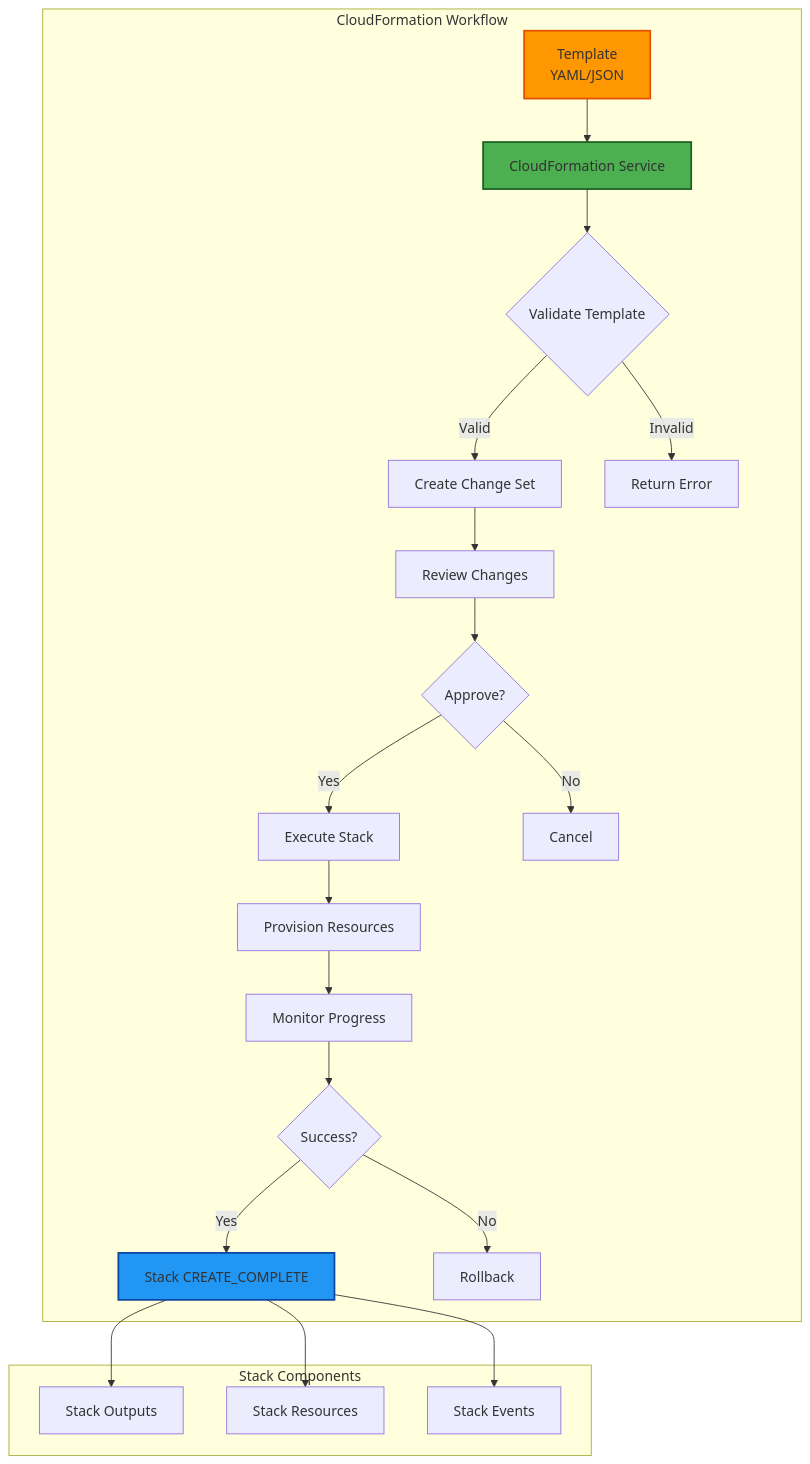
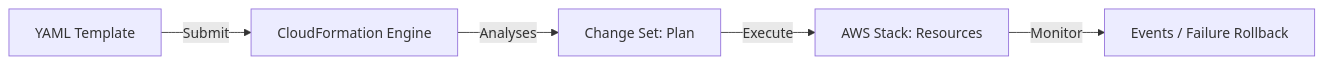
Before and after one commit to Ganil151/Devops: the diagram in 2-Intermediate/02-Phase-2/02-Configuration-Tools/12-Vendor-Tools/01-AWS-CloudFormation/README.md, drawn with Mermaid. The commit also changed other lines of this file and 217 other files, not shown here.

````diff
--- a/2-Intermediate/02-Phase-2/02-Configuration-Tools/12-Vendor-Tools/01-AWS-CloudFormation/README.md
+++ b/2-Intermediate/02-Phase-2/02-Configuration-Tools/12-Vendor-Tools/01-AWS-CloudFormation/README.md
@@ -39,28 +15,7 @@
 ```mermaid
-graph TB
-    subgraph "CloudFormation Workflow"
-        A[Template<br/>YAML/JSON] --> B[CloudFormation Service]
-        B --> C{Validate Template}
-        C -->|Valid| D[Create Change Set]
-        C -->|Invalid| E[Return Error]
-        D --> F[Review Changes]
-        F --> G{Approve?}
-        G -->|Yes| H[Execute Stack]
-        G -->|No| I[Cancel]
-        H --> J[Provision Resources]
-        J --> K[Monitor Progress]
-        K --> L{Success?}
-        L -->|Yes| M[Stack CREATE_COMPLETE]
-        L -->|No| N[Rollback]
-    end
-    
-    subgraph "Stack Components"
-        M --> O[Stack Outputs]
-        M --> P[Stack Resources]
-        M --> Q[Stack Events]
-    end
-    
-    style A fill:#ff9800,stroke:#e65100,stroke-width:2px
-    style B fill:#4caf50,stroke:#1b5e20,stroke-width:2px
-    style M fill:#2196f3,stroke:#0d47a1,stroke-width:2px
+graph LR
+    Template[YAML Template] -->|Submit| Engine[CloudFormation Engine]
+    Engine -->|Analyses| CS[Change Set: Plan]
+    CS -->|Execute| Stack[AWS Stack: Resources]
+    Stack -->|Monitor| Events[Events / Failure Rollback]
 ```
````
